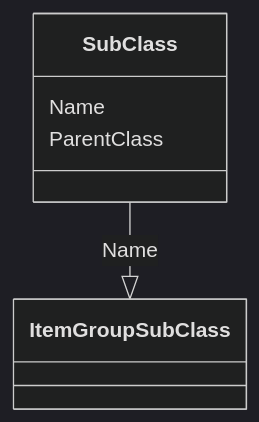
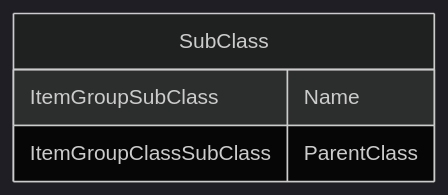
The diagram in docs/SubClass.md (cdisc-org/DataExchange-ODM-LinkML), drawn with Mermaid (dark theme) before and after one commit. The commit also changed other lines of this file and 181 other files, not shown here.

Commit message:
ER diagrams working via templates and removing names with underscores

````diff
--- a/docs/SubClass.md
+++ b/docs/SubClass.md
@@ -14,11 +11,10 @@
 ```mermaid
- classDiagram
-    class SubClass
-      SubClass : Name
-        
-          SubClass --|> ItemGroupSubClass : Name
-        
-      SubClass : ParentClass
-        
-      
+erDiagram
+SubClass {
+    ItemGroupSubClass Name  
+    ItemGroupClassSubClass ParentClass  
+}
+
+
+
 ```
````
